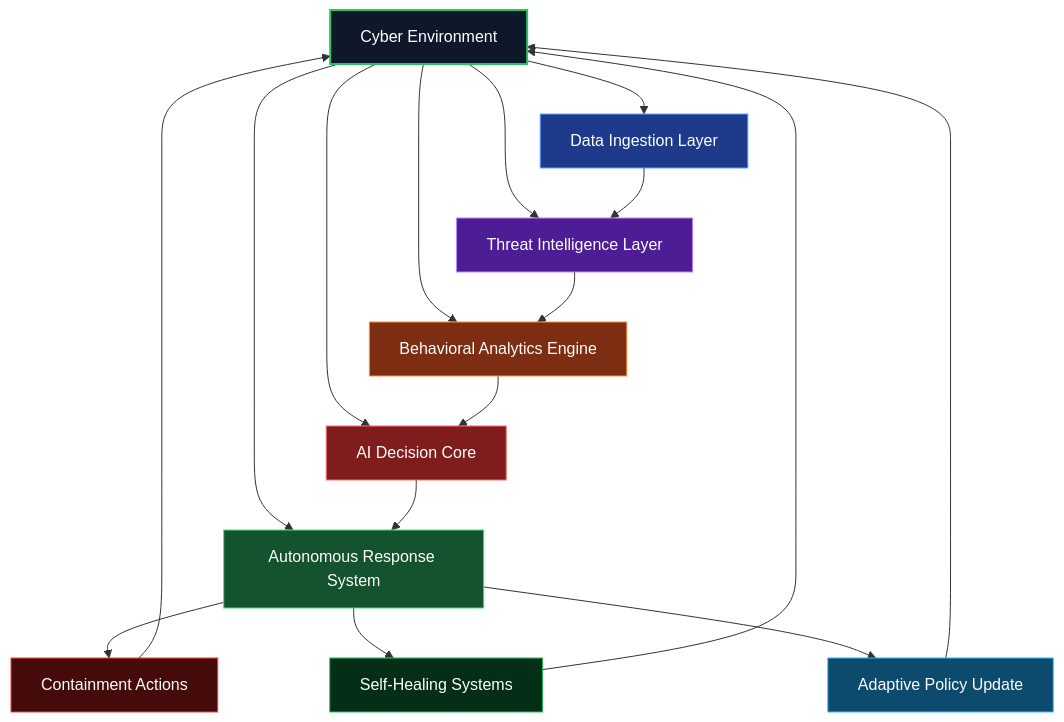
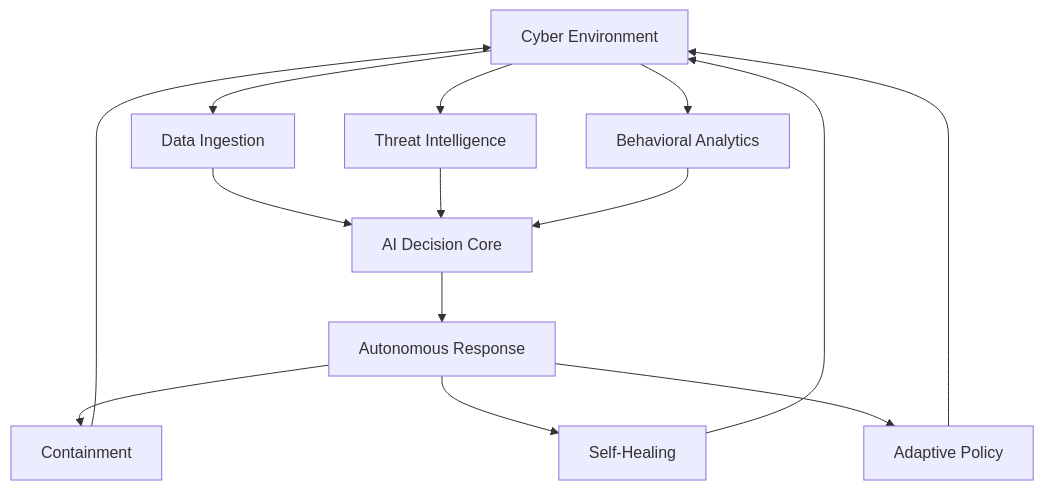
The first of 4 diagrams in README.md (kongali1720/kongali1720), drawn with Mermaid before and after one commit. The commit also changed other lines of this file, not shown here.

````diff
--- a/README.md
+++ b/README.md
@@ -151,34 +64,16 @@
 ```mermaid
 flowchart TD
-
-A[Cyber Environment]:::core
-
-A --> B[Data Ingestion Layer]:::blue
-A --> C[Threat Intelligence Layer]:::purple
-A --> D[Behavioral Analytics Engine]:::orange
-A --> E[AI Decision Core]:::red
-A --> F[Autonomous Response System]:::green
-
-B --> C --> D --> E --> F
-
-F --> G[Containment Actions]:::red2
-F --> H[Self-Healing Systems]:::green2
-F --> I[Adaptive Policy Update]:::blue2
-
-G --> A
-H --> A
-I --> A
-
-
-classDef core fill:#0f172a,stroke:#22c55e,color:#ffffff,stroke-width:2px
-
-classDef blue fill:#1e3a8a,stroke:#60a5fa,color:#ffffff
-classDef purple fill:#4c1d95,stroke:#c084fc,color:#ffffff
-classDef orange fill:#7c2d12,stroke:#fb923c,color:#ffffff
-classDef red fill:#7f1d1d,stroke:#f87171,color:#ffffff
-classDef green fill:#14532d,stroke:#4ade80,color:#ffffff
-
-classDef red2 fill:#450a0a,stroke:#ef4444,color:#ffffff
-classDef green2 fill:#052e16,stroke:#22c55e,color:#ffffff
-classDef blue2 fill:#0c4a6e,stroke:#38bdf8,color:#ffffff
+    A[Cyber Environment] --> B[Data Ingestion]
+    A --> C[Threat Intelligence]
+    A --> D[Behavioral Analytics]
+    B --> E[AI Decision Core]
+    C --> E
+    D --> E
+    E --> F[Autonomous Response]
+    F --> G[Containment]
+    F --> H[Self-Healing]
+    F --> I[Adaptive Policy]
+    G --> A
+    H --> A
+    I --> A
 ```
````
